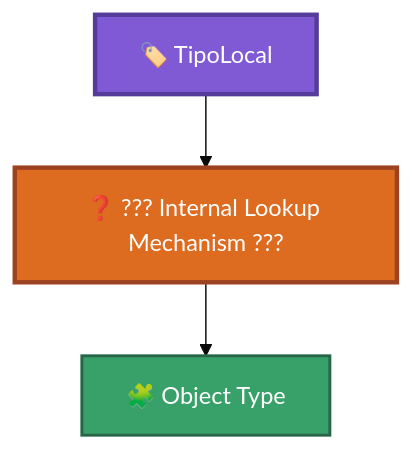
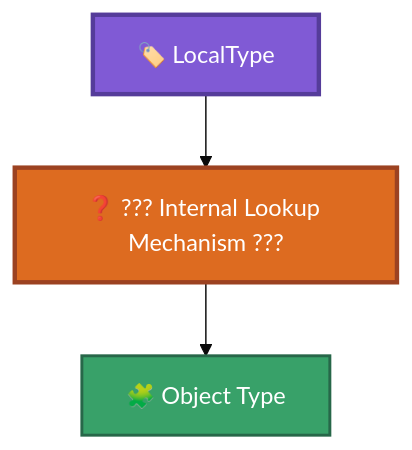
One commit to JuanCrakYT/RtG-Format changed the second of 9 diagrams in research/unknowns.md. Above: the diagram before and after it, drawn with Mermaid (base theme). The commit also changed other lines of this file and 11 other files, not shown here.

````diff
--- a/research/unknowns.md
+++ b/research/unknowns.md
@@ -45,13 +45,13 @@
 ```mermaid
 flowchart TD
-    LOCAL["🏷️ TipoLocal"] --> LOOKUP["❓ ??? Internal Lookup Mechanism ???"]
+    LOCAL["🏷️ LocalType"] --> LOOKUP["❓ ??? Internal Lookup Mechanism ???"]
     LOOKUP --> TYPE["🧩 Object Type"]
 
     classDef local fill:#805ad5,color:#fff,stroke:#553c9a,stroke-width:3px;
     classDef unknown fill:#dd6b20,color:#fff,stroke:#9c4221,stroke-width:3px;
     classDef type fill:#38a169,color:#fff,stroke:#276749,stroke-width:2px;
 
     class LOCAL local;
     class LOOKUP unknown;
     class TYPE type;
 ```
````
